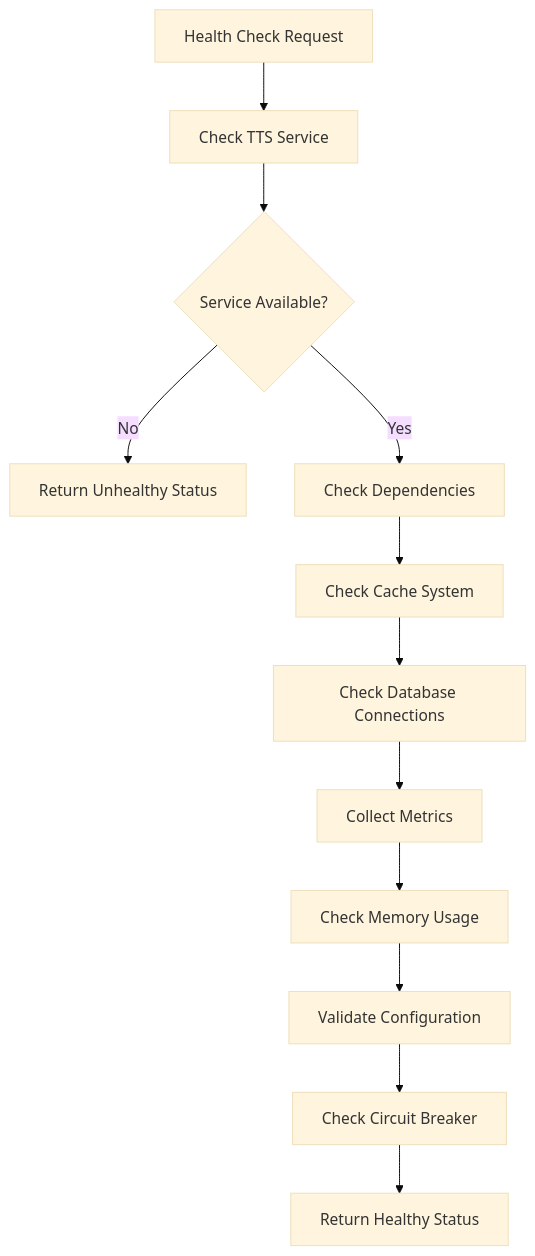
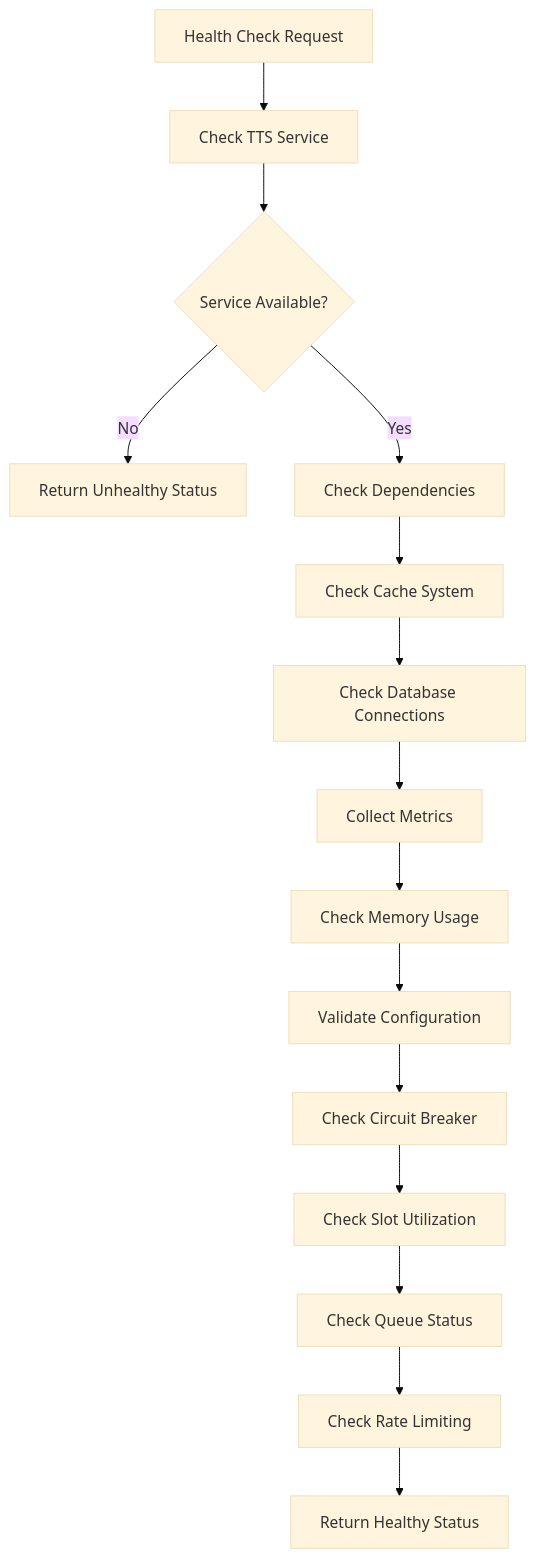
The fourth of 4 diagrams in .qoder/repowiki/en/content/Core Features/Text-to-Speech Integration.md (zmyeo54/briefroom), drawn with Mermaid (base theme) before and after one commit. The commit also changed other lines of this file and 13 other files, not shown here.

````diff
--- a/.qoder/repowiki/en/content/Core Features/Text-to-Speech Integration.md
+++ b/.qoder/repowiki/en/content/Core Features/Text-to-Speech Integration.md
@@ -599,14 +782,17 @@
 ```mermaid
 flowchart TD
 A[Health Check Request] --> B[Check TTS Service]
 B --> C{Service Available?}
 C --> |No| E[Return Unhealthy Status]
 C --> |Yes| D[Check Dependencies]
 D --> F[Check Cache System]
 F --> G[Check Database Connections]
 G --> H[Collect Metrics]
 H --> I[Check Memory Usage]
 I --> J[Validate Configuration]
 J --> K[Check Circuit Breaker]
-K --> L[Return Healthy Status]
+K --> L[Check Slot Utilization]
+L --> M[Check Queue Status]
+M --> N[Check Rate Limiting]
+N --> O[Return Healthy Status]
 ```
````
